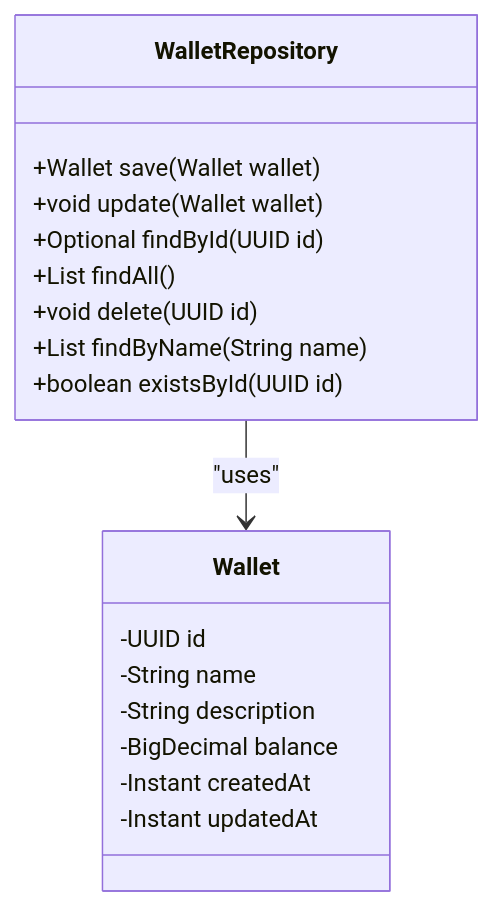
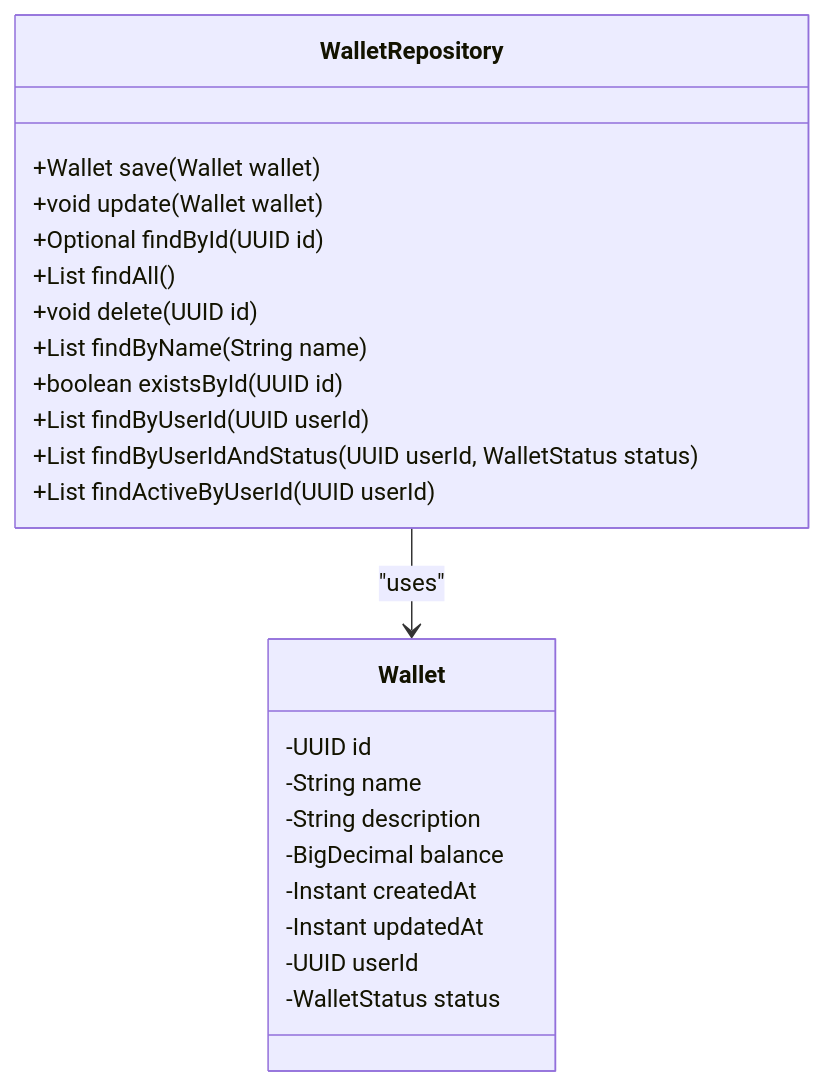
Before and after one commit to italoag/wallet: the second of 10 diagrams in .qoder/repowiki/en/content/Persistence Layer/Repository Pattern Implementation.md, drawn with Mermaid. The commit also changed other lines of this file and 11 other files, not shown here.

````diff
--- a/.qoder/repowiki/en/content/Persistence Layer/Repository Pattern Implementation.md
+++ b/.qoder/repowiki/en/content/Persistence Layer/Repository Pattern Implementation.md
@@ -63,21 +74,26 @@
 ```mermaid
 classDiagram
 class WalletRepository {
 +Wallet save(Wallet wallet)
 +void update(Wallet wallet)
 +Optional<Wallet> findById(UUID id)
 +List<Wallet> findAll()
 +void delete(UUID id)
 +List<Wallet> findByName(String name)
 +boolean existsById(UUID id)
++List<Wallet> findByUserId(UUID userId)
++List<Wallet> findByUserIdAndStatus(UUID userId, WalletStatus status)
++List<Wallet> findActiveByUserId(UUID userId)
 }
 class Wallet {
 -UUID id
 -String name
 -String description
 -BigDecimal balance
 -Instant createdAt
 -Instant updatedAt
+-UUID userId
+-WalletStatus status
 }
 WalletRepository --> Wallet : "uses"
 ```
````
